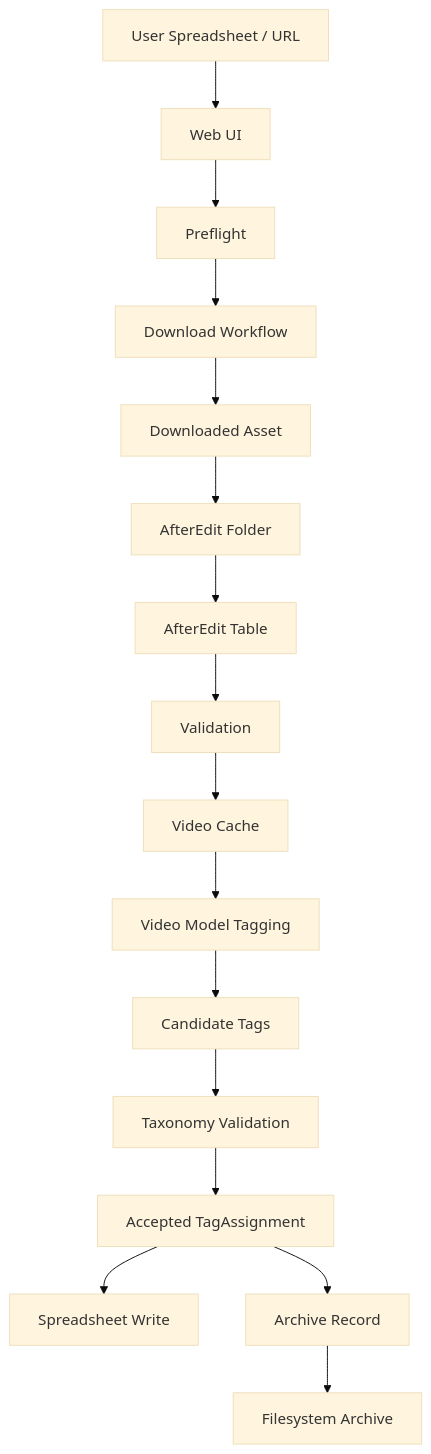
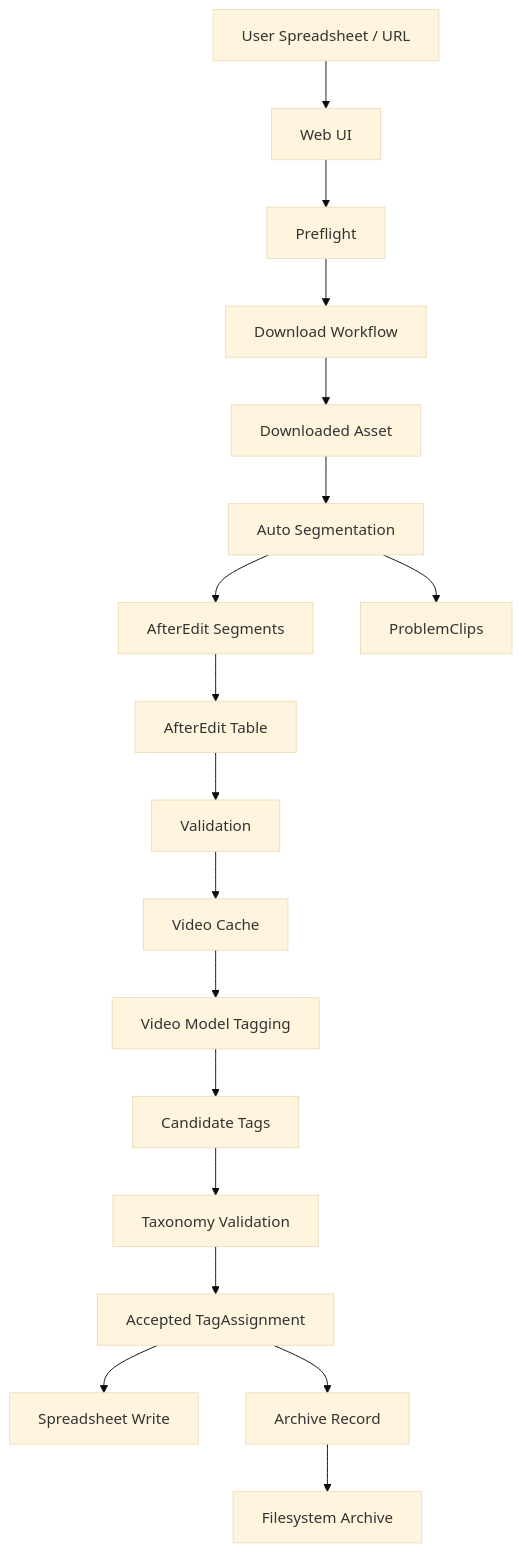
One commit to marisaaugusto174-cyber/LabourCompressor changed the diagram in 04_STATE_AND_DATA.md. Above: the diagram before and after it, drawn with Mermaid (base theme). The commit also changed other lines of this file and 7 other files, not shown here.

Commit message:
docs: document v0.3 auto segmentation workflow

````diff
--- a/04_STATE_AND_DATA.md
+++ b/04_STATE_AND_DATA.md
@@ -122,18 +127,20 @@
 ```mermaid
 flowchart TD
     A[User Spreadsheet / URL] --> B[Web UI]
     B --> C[Preflight]
     C --> D[Download Workflow]
     D --> E[Downloaded Asset]
-    E --> F[AfterEdit Folder]
+    E --> S[Auto Segmentation]
+    S --> F[AfterEdit Segments]
+    S --> X[ProblemClips]
     F --> G[AfterEdit Table]
     G --> H[Validation]
     H --> I[Video Cache]
     I --> J[Video Model Tagging]
     J --> K[Candidate Tags]
     K --> L[Taxonomy Validation]
     L --> M[Accepted TagAssignment]
     M --> N[Spreadsheet Write]
     M --> O[Archive Record]
     O --> P[Filesystem Archive]
 ```
````
